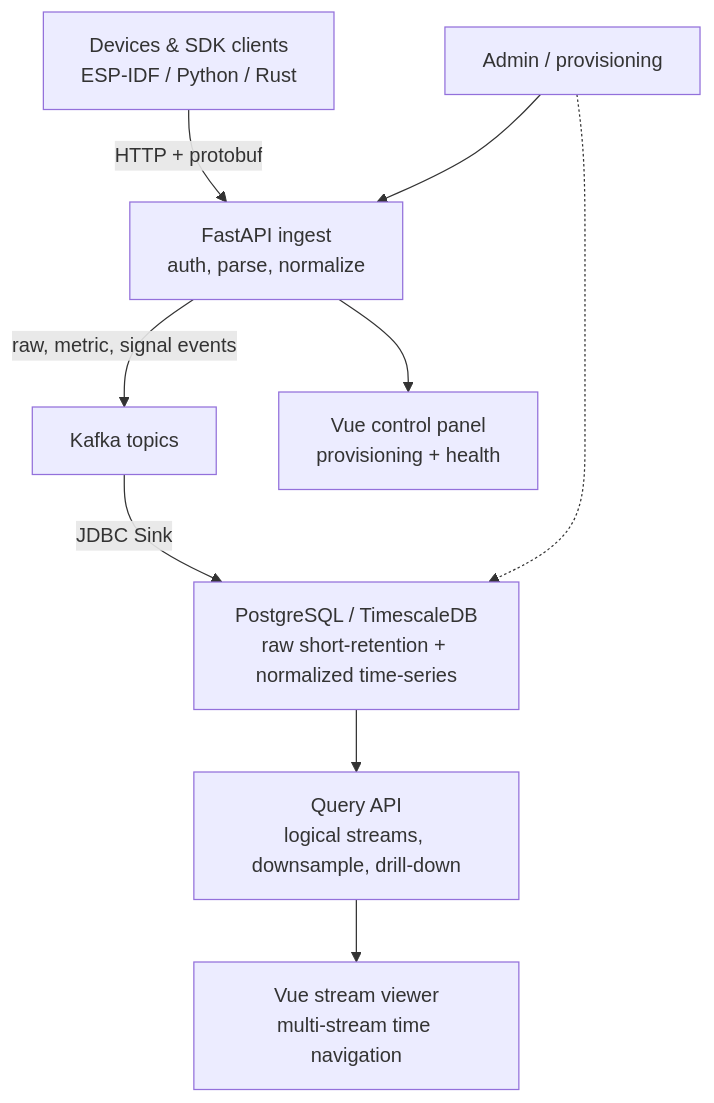
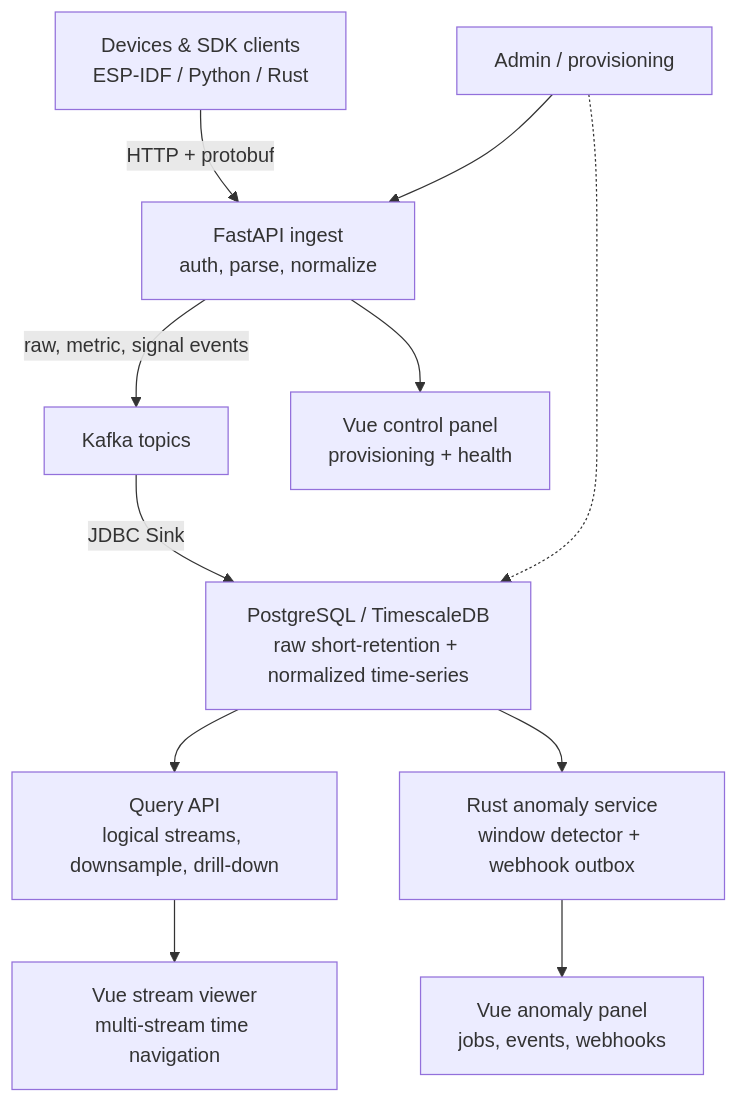
Before and after one commit to donghoonpark/aetus: the first of 2 diagrams in README.md, drawn with Mermaid. The commit also changed other lines of this file and 36 other files, not shown here.

````diff
--- a/README.md
+++ b/README.md
@@ -61,12 +63,14 @@
 ```mermaid
 flowchart TB
     Device["Devices & SDK clients<br/>ESP-IDF / Python / Rust"] -->|"HTTP + protobuf"| Ingest["FastAPI ingest<br/>auth, parse, normalize"]
     Ingest -->|"raw, metric, signal events"| Kafka["Kafka topics"]
     Kafka -->|"JDBC Sink"| Storage["PostgreSQL / TimescaleDB<br/>raw short-retention + normalized time-series"]
     Storage --> Query["Query API<br/>logical streams, downsample, drill-down"]
+    Storage --> Anomaly["Rust anomaly service<br/>window detector + webhook outbox"]
     Query --> Viewer["Vue stream viewer<br/>multi-stream time navigation"]
+    Anomaly --> AnomalyPanel["Vue anomaly panel<br/>jobs, events, webhooks"]
     Ingest --> Control["Vue control panel<br/>provisioning + health"]
 
     Admin["Admin / provisioning"] --> Ingest
     Admin -.-> Storage
 ```
````
